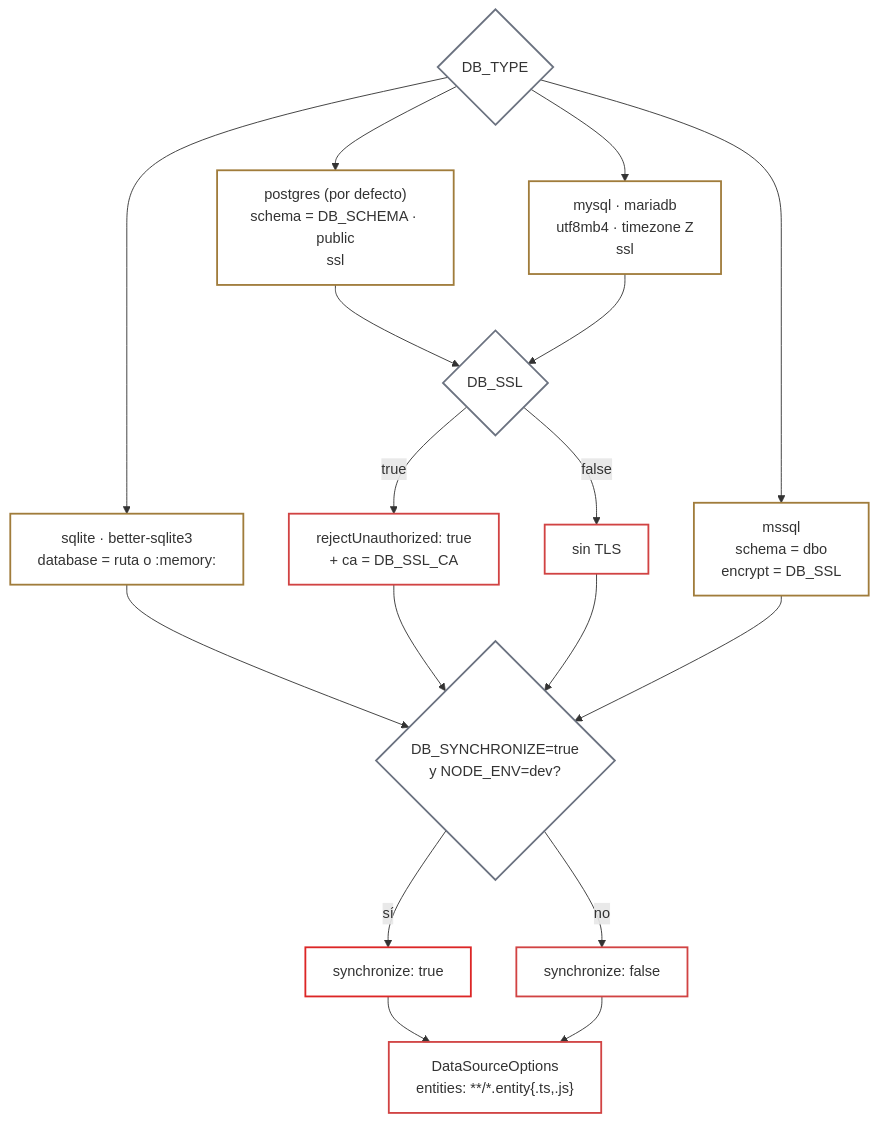
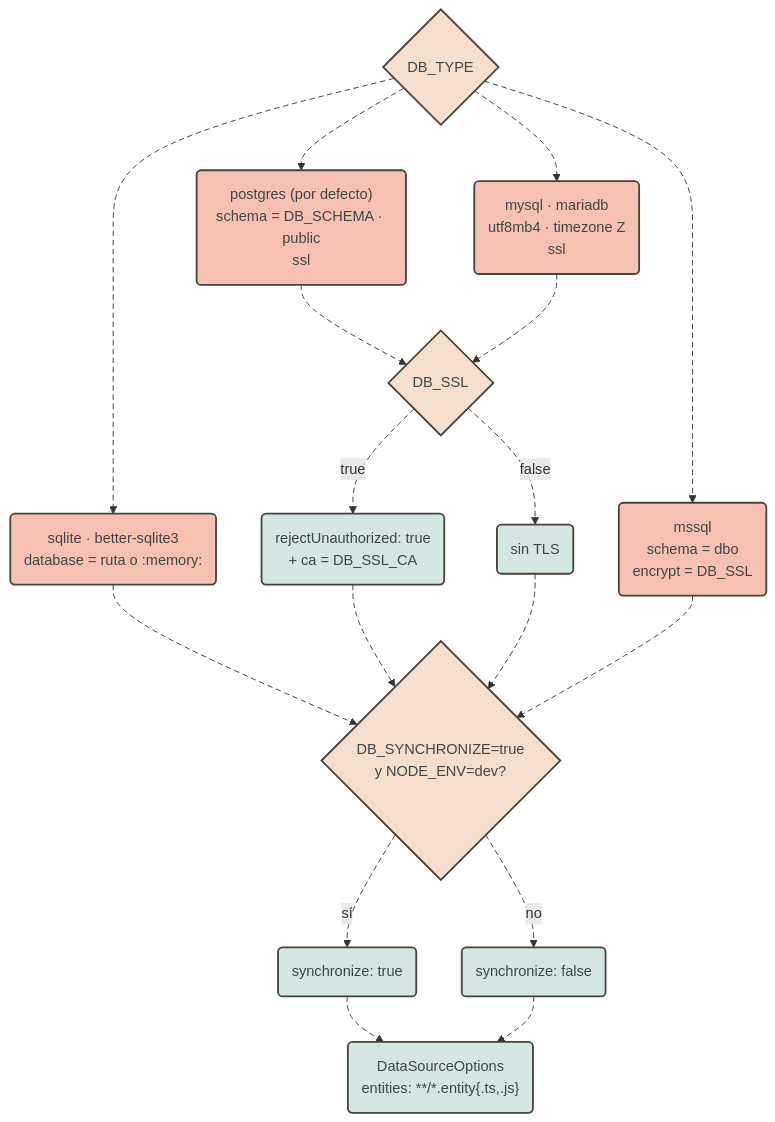
Before and after one commit to pcarroza91/nest-template: diagram 14 of 19 in docs/architecture.md, drawn with Mermaid. The commit also changed other lines of this file and 2 other files, not shown here.

First line of the commit message:
docs(architecture): aplica el estilo pastel por rol a los diagramas Mermaid

````diff
--- a/docs/architecture.md
+++ b/docs/architecture.md
@@ -613,33 +595,32 @@
 ```mermaid
 flowchart TB
     T{"DB_TYPE"}
-    FILE["sqlite · better-sqlite3<br/>database = ruta o :memory:"]
-    PG["postgres (por defecto)<br/>schema = DB_SCHEMA · public<br/>ssl"]
-    MY["mysql · mariadb<br/>utf8mb4 · timezone Z<br/>ssl"]
-    MS["mssql<br/>schema = dbo<br/>encrypt = DB_SSL"]
+    FILE("sqlite · better-sqlite3<br/>database = ruta o :memory:")
+    PG("postgres (por defecto)<br/>schema = DB_SCHEMA · public<br/>ssl")
+    MY("mysql · mariadb<br/>utf8mb4 · timezone Z<br/>ssl")
+    MS("mssql<br/>schema = dbo<br/>encrypt = DB_SSL")
     SSL{"DB_SSL"}
-    SSLON["rejectUnauthorized: true<br/>+ ca = DB_SSL_CA"]
-    SSLOFF["sin TLS"]
+    SSLON("rejectUnauthorized: true<br/>+ ca = DB_SSL_CA")
+    SSLOFF("sin TLS")
     SY{"DB_SYNCHRONIZE=true<br/>y NODE_ENV=dev?"}
-    SYON["synchronize: true"]
-    SYOFF["synchronize: false"]
-    OPTS["DataSourceOptions<br/>entities: **/*.entity{.ts,.js}"]
+    SYON("synchronize: true")
+    SYOFF("synchronize: false")
+    OPTS("DataSourceOptions<br/>entities: **/*.entity{.ts,.js}")
 
     T --> FILE & PG & MY & MS
     PG & MY --> SSL
     SSL -- "true" --> SSLON
     SSL -- "false" --> SSLOFF
     FILE & SSLON & SSLOFF & MS --> SY
     SY -- "sí" --> SYON
     SY -- "no" --> SYOFF
     SYON & SYOFF --> OPTS
 
-    classDef core fill:transparent,stroke:#d14343,stroke-width:2px
-    classDef ext fill:transparent,stroke:#a07c3b,stroke-width:2px
-    classDef pure fill:transparent,stroke:#6b7280,stroke-width:2px
-    classDef bad fill:transparent,stroke:#dc2626,stroke-width:2px
-    class T,SSL,SY pure
+    classDef shared fill:#d2e7e4,stroke:#494238,stroke-width:2px,color:#3c4747
+    classDef ext fill:#f6c1b2,stroke:#494238,stroke-width:2px,color:#3c4747
+    class SSLON,SSLOFF,SYON,SYOFF,OPTS shared
     class FILE,PG,MY,MS ext
-    class SSLON,SSLOFF,SYOFF,OPTS core
-    class SYON bad
+    classDef decision fill:#f6decc,stroke:#494238,stroke-width:2px,color:#3c4747
+    class T,SSL,SY decision
+    linkStyle default stroke-dasharray:6 4
 ```
````
